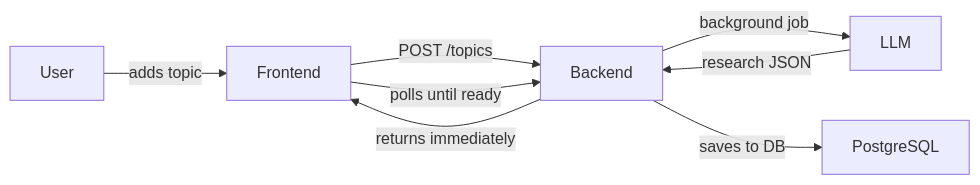
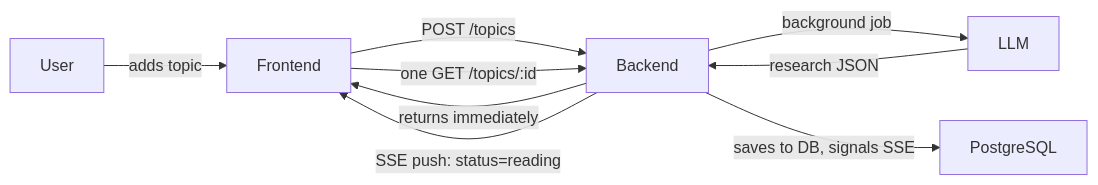
The diagram in README.md (Halderpritam123/custom-notebook), drawn with Mermaid before and after one commit. The commit also changed other lines of this file and 51 other files, not shown here.

````diff
--- a/README.md
+++ b/README.md
@@ -9,10 +9,11 @@
 ```mermaid
 graph LR
     User -->|adds topic| Frontend
     Frontend -->|POST /topics| Backend
     Backend -->|returns immediately| Frontend
     Backend -->|background job| LLM
     LLM -->|research JSON| Backend
-    Backend -->|saves to DB| PostgreSQL
-    Frontend -->|polls until ready| Backend
+    Backend -->|saves to DB, signals SSE| PostgreSQL
+    Backend -->|SSE push: status=reading| Frontend
+    Frontend -->|one GET /topics/:id| Backend
 ```
````
